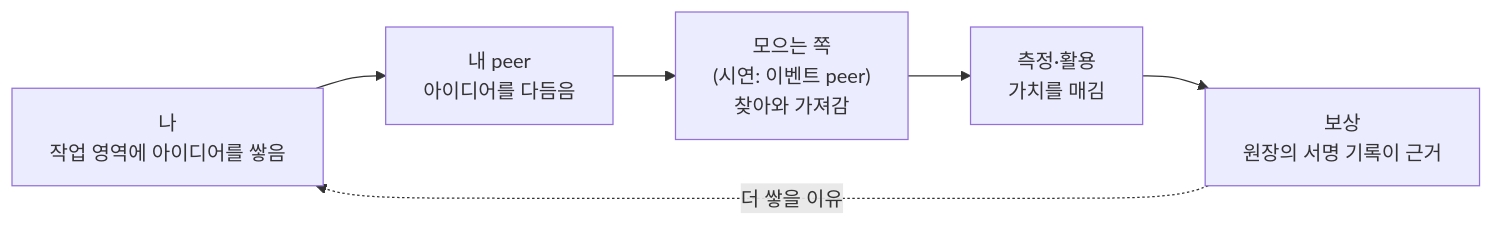
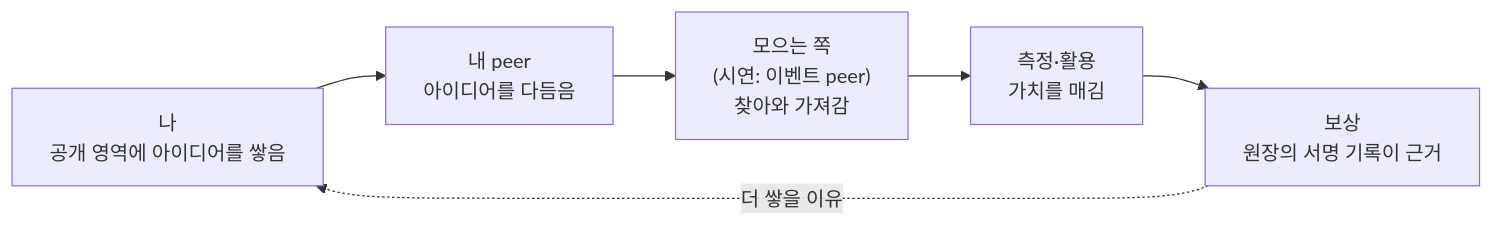
One commit to tanminkwan/share-ur-tokens changed the first of 2 diagrams in docs/hackathon-proposal.md. Above: the diagram before and after it, drawn with Mermaid. The commit also changed other lines of this file and 8 other files, not shown here.

````diff
--- a/docs/hackathon-proposal.md
+++ b/docs/hackathon-proposal.md
@@ -39,8 +39,8 @@
     ```mermaid
     flowchart LR
-        A["나<br/>작업 영역에 아이디어를 쌓음"] --> B["내 peer<br/>아이디어를 다듬음"]
+        A["나<br/>공개 영역에 아이디어를 쌓음"] --> B["내 peer<br/>아이디어를 다듬음"]
         B --> C["모으는 쪽<br/>(시연: 이벤트 peer)<br/>찾아와 가져감"]
         C --> D["측정·활용<br/>가치를 매김"]
         D --> E["보상<br/>원장의 서명 기록이 근거"]
         E -. "더 쌓을 이유" .-> A
     ```
````
